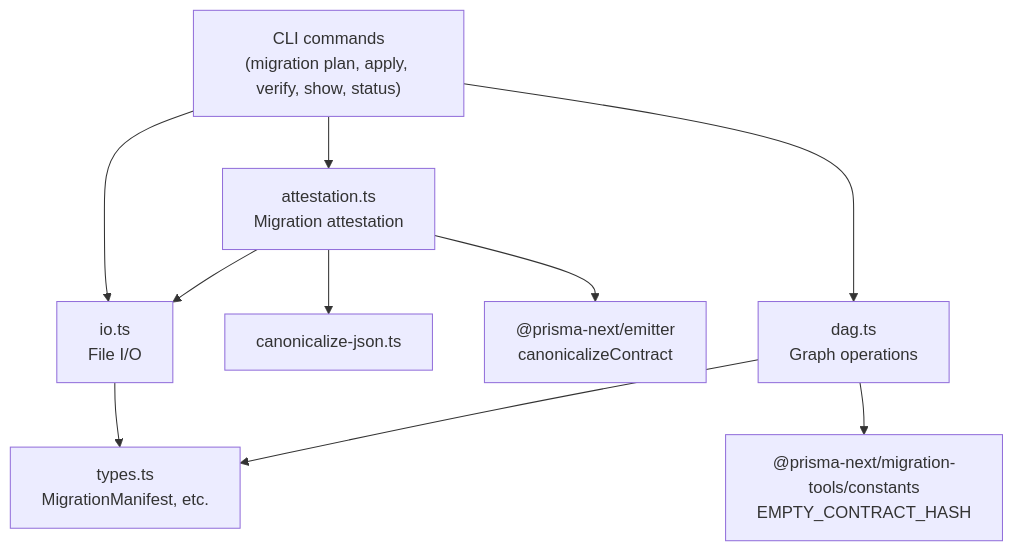
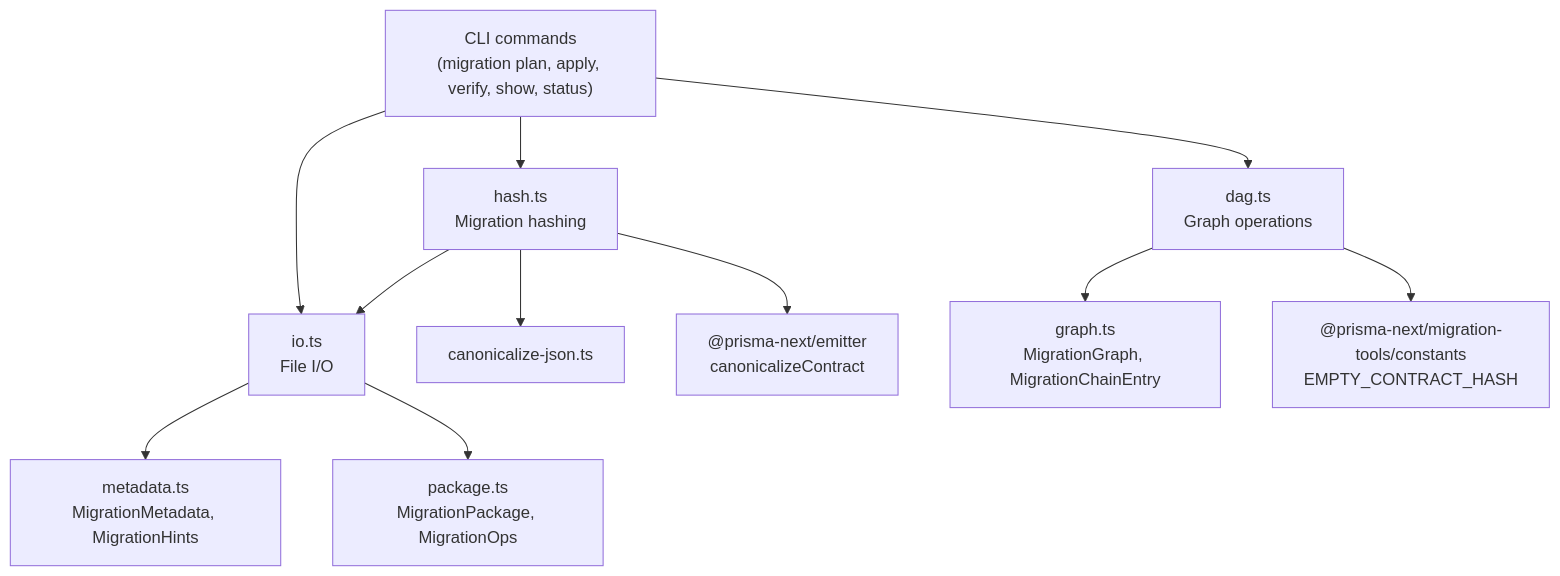
The diagram in packages/1-framework/3-tooling/migration/README.md (prisma/prisma-next), drawn with Mermaid before and after one commit. The commit also changed other lines of this file and 43 other files, not shown here.

````diff
--- a/packages/1-framework/3-tooling/migration/README.md
+++ b/packages/1-framework/3-tooling/migration/README.md
@@ -37,12 +37,13 @@
 ```mermaid
 graph TD
     CLI["CLI commands<br/>(migration plan, apply, verify, show, status)"] --> IO["io.ts<br/>File I/O"]
-    CLI --> ATT["attestation.ts<br/>Migration attestation"]
+    CLI --> HASH["hash.ts<br/>Migration hashing"]
     CLI --> GRAPH["dag.ts<br/>Graph operations"]
-    IO --> TYPES["types.ts<br/>MigrationManifest, etc."]
-    ATT --> IO
-    ATT --> CAN["canonicalize-json.ts"]
-    ATT --> CP["@prisma-next/emitter<br/>canonicalizeContract"]
-    GRAPH --> TYPES
+    IO --> META["metadata.ts<br/>MigrationMetadata, MigrationHints"]
+    IO --> PKG["package.ts<br/>MigrationPackage, MigrationOps"]
+    HASH --> IO
+    HASH --> CAN["canonicalize-json.ts"]
+    HASH --> CP["@prisma-next/emitter<br/>canonicalizeContract"]
+    GRAPH --> GR["graph.ts<br/>MigrationGraph, MigrationChainEntry"]
     GRAPH --> ABS["@prisma-next/migration-tools/constants<br/>EMPTY_CONTRACT_HASH"]
 ```
````
